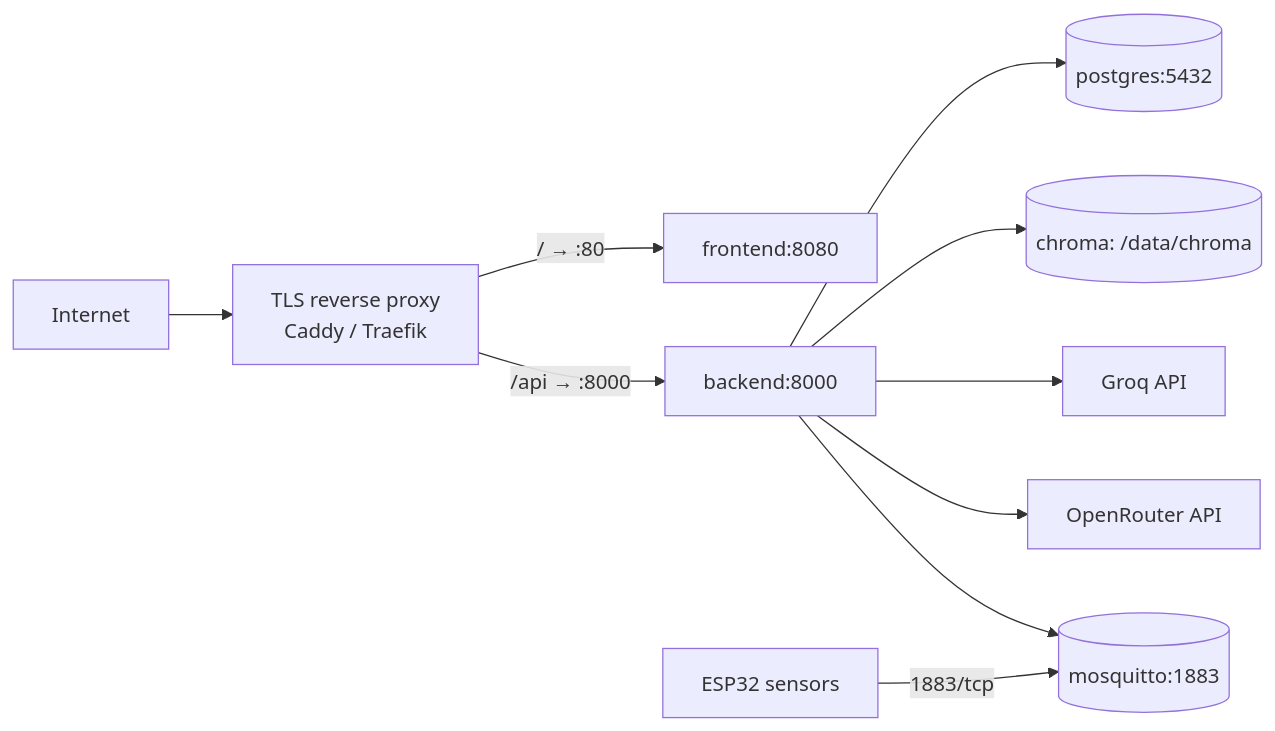
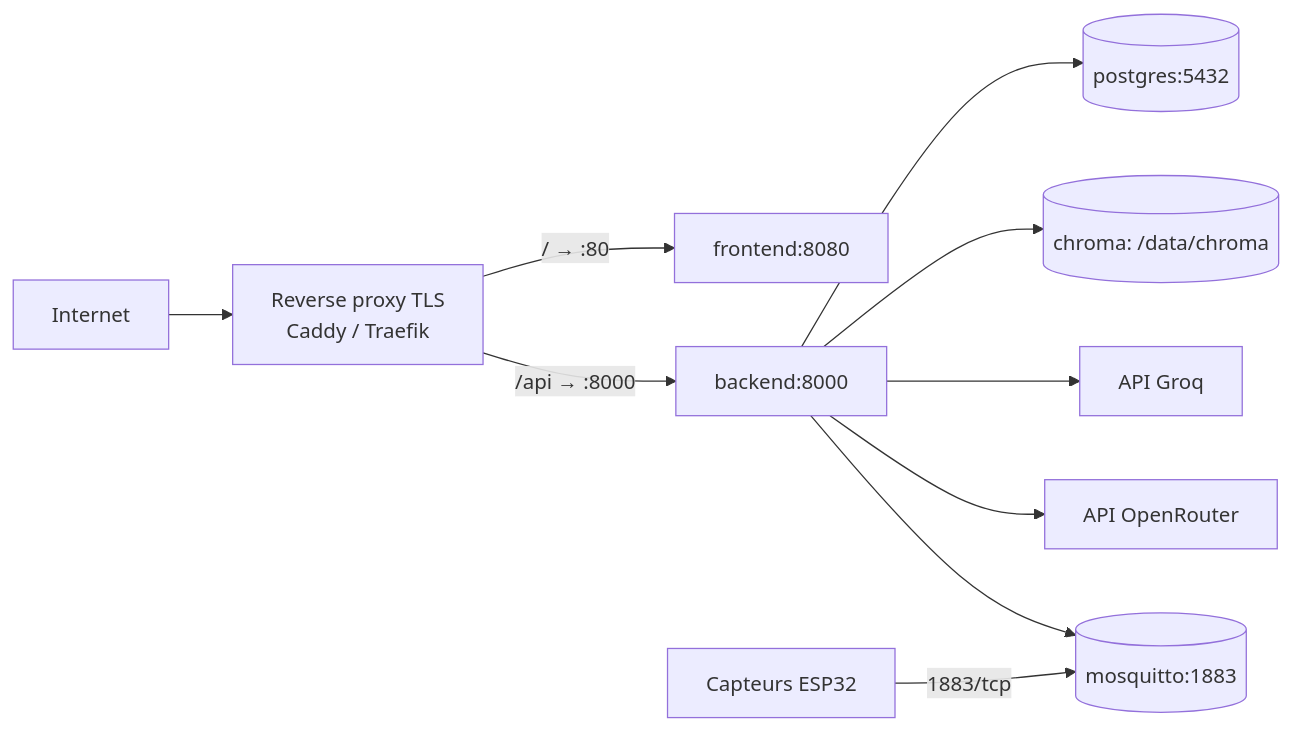
The second of 2 diagrams in docs/deployment.md (t4lhawi/MedAssist-AI), drawn with Mermaid before and after one commit. The commit also changed other lines of this file and 9 other files, not shown here.

````diff
--- a/docs/deployment.md
+++ b/docs/deployment.md
@@ -214,12 +214,12 @@
 ```mermaid
 flowchart LR
-  Internet --> TLS[TLS reverse proxy<br/>Caddy / Traefik]
+  Internet --> TLS[Reverse proxy TLS<br/>Caddy / Traefik]
   TLS -- "/ → :80" --> FE[frontend:8080]
   TLS -- "/api → :8000" --> BE[backend:8000]
   BE --> PG[(postgres:5432)]
   BE --> CH[(chroma: /data/chroma)]
-  BE --> GQ[Groq API]
-  BE --> OR[OpenRouter API]
-  LAN[ESP32 sensors] -- "1883/tcp" --> MQ[(mosquitto:1883)]
+  BE --> GQ[API Groq]
+  BE --> OR[API OpenRouter]
+  LAN[Capteurs ESP32] -- "1883/tcp" --> MQ[(mosquitto:1883)]
   BE --> MQ
 ```
````
